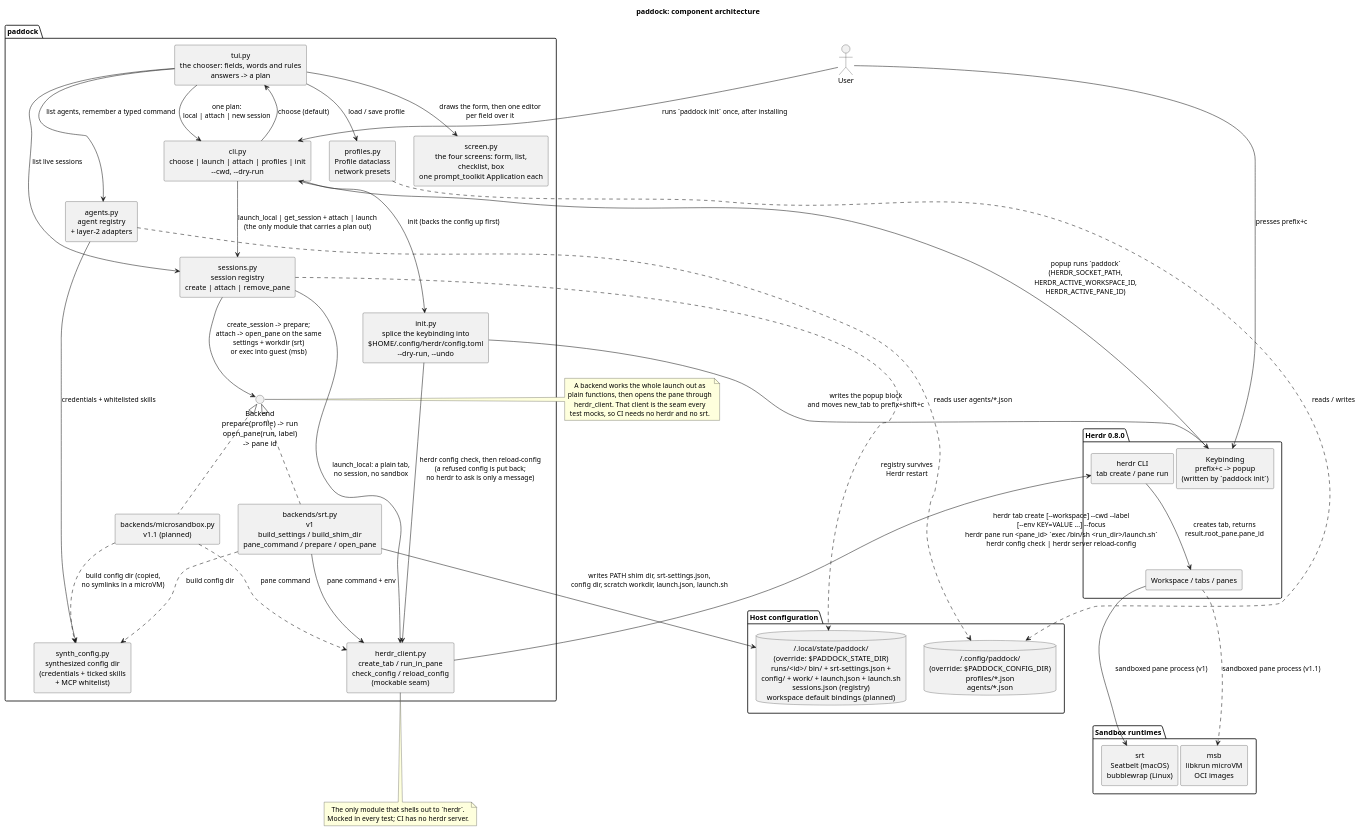
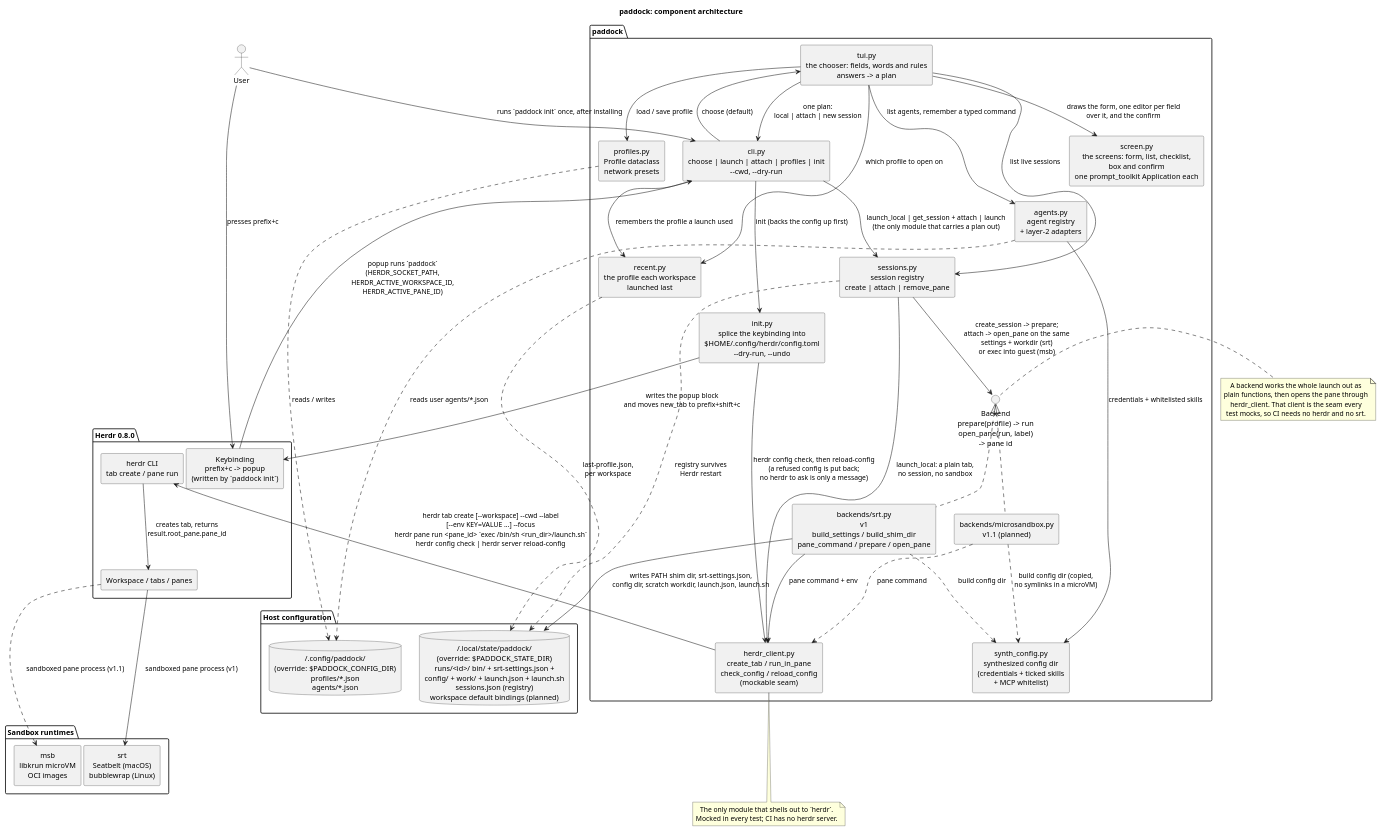
Before and after one commit to paddock-sh/paddock: the diagram in docs/diagrams/architecture.puml, drawn with PlantUML. The commit also changed 15 other files, not shown here.

```diff
--- a/docs/diagrams/architecture.puml
+++ b/docs/diagrams/architecture.puml
@@ -1,87 +1,91 @@
 @startuml architecture
 title paddock: component architecture
 
 skinparam componentStyle rectangle
 skinparam shadowing false
 skinparam defaultTextAlignment center
 
 actor User
 
 package "Herdr 0.8.0" {
   [Keybinding\nprefix+c -> popup\n(written by `paddock init`)] as Keybinding
   [herdr CLI\ntab create / pane run] as HerdrCLI
   [Workspace / tabs / panes] as HerdrUI
 }
 
 package "paddock" {
   [cli.py\nchoose | launch | attach | profiles | init\n~--cwd, ~--dry-run] as CLI
   [init.py\nsplice the keybinding into\n$HOME/.config/herdr/config.toml\n~--dry-run, ~--undo] as Init
   [tui.py\nthe chooser: fields, words and rules\nanswers -> a plan] as TUI
-  [screen.py\nthe four screens: form, list,\nchecklist, box\none prompt_toolkit Application each] as Screen
+  [screen.py\nthe screens: form, list, checklist,\nbox and confirm\none prompt_toolkit Application each] as Screen
+  [recent.py\nthe profile each workspace\nlaunched last] as Recent
   [sessions.py\nsession registry\ncreate | attach | remove_pane] as Sessions
   [profiles.py\nProfile dataclass\nnetwork presets] as Profiles
   [agents.py\nagent registry\n+ layer-2 adapters] as Agents
   [synth_config.py\nsynthesized config dir\n(credentials + ticked skills\n+ MCP whitelist)] as SynthConfig
   interface "Backend\nprepare(profile) -> run\nopen_pane(run, label)\n-> pane id" as BackendAPI
   [backends/srt.py\nv1\nbuild_settings / build_shim_dir\npane_command / prepare / open_pane] as SrtBackend
   [backends/microsandbox.py\nv1.1 (planned)] as MsbBackend
   [herdr_client.py\ncreate_tab / run_in_pane\ncheck_config / reload_config\n(mockable seam)] as HerdrClient
 }
 
 package "Host configuration" {
   database "~/.config/paddock/\n(override: $PADDOCK_CONFIG_DIR)\nprofiles/*.json\nagents/*.json" as ConfigFiles
   database "~/.local/state/paddock/\n(override: $PADDOCK_STATE_DIR)\nruns/<id>/ bin/ + srt-settings.json +\nconfig/ + work/ + launch.json + launch.sh\nsessions.json (registry)\nworkspace default bindings (planned)" as RunDir
 }
 
 package "Sandbox runtimes" {
   [srt\nSeatbelt (macOS)\nbubblewrap (Linux)] as Srt
   [msb\nlibkrun microVM\nOCI images] as Msb
 }
 
 User --> CLI : runs `paddock init` once, after installing
 CLI --> Init : init (backs the config up first)
 Init --> Keybinding : writes the popup block\nand moves new_tab to prefix+shift+c
 Init --> HerdrClient : herdr config check, then reload-config\n(a refused config is put back;\nno herdr to ask is only a message)
 User --> Keybinding : presses prefix+c
 Keybinding --> CLI : popup runs `paddock`\n(HERDR_SOCKET_PATH,\nHERDR_ACTIVE_WORKSPACE_ID,\nHERDR_ACTIVE_PANE_ID)
 CLI --> TUI : choose (default)
 TUI --> CLI : one plan:\nlocal | attach | new session
-TUI --> Screen : draws the form, then one editor\nper field over it
+TUI --> Screen : draws the form, one editor per field\nover it, and the confirm
+TUI --> Recent : which profile to open on
+CLI --> Recent : remembers the profile a launch used
 TUI --> Profiles : load / save profile
 TUI --> Agents : list agents, remember a typed command
 TUI --> Sessions : list live sessions
 Sessions ..> RunDir : registry survives\nHerdr restart
+Recent ..> RunDir : last-profile.json,\nper workspace
 Profiles ..> ConfigFiles : reads / writes
 Agents ..> ConfigFiles : reads user agents/*.json
 
 CLI --> Sessions : launch_local | get_session + attach | launch\n(the only module that carries a plan out)
 BackendAPI <|.. SrtBackend
 BackendAPI <|.. MsbBackend
 
 SrtBackend --> RunDir : writes PATH shim dir, srt-settings.json,\nconfig dir, scratch workdir, launch.json, launch.sh
 Sessions --> BackendAPI : create_session -> prepare;\nattach -> open_pane on the same\nsettings + workdir (srt)\nor exec into guest (msb)
 Sessions --> HerdrClient : launch_local: a plain tab,\nno session, no sandbox
 SrtBackend ..> SynthConfig : build config dir
 MsbBackend ..> SynthConfig : build config dir (copied,\nno symlinks in a microVM)
 Agents --> SynthConfig : credentials + whitelisted skills
 
 SrtBackend --> HerdrClient : pane command + env
 MsbBackend ..> HerdrClient : pane command
 HerdrClient --> HerdrCLI : herdr tab create [~--workspace] ~--cwd ~--label\n[~--env KEY=VALUE ...] ~--focus\nherdr pane run <pane_id> `exec /bin/sh <run_dir>/launch.sh`\nherdr config check | herdr server reload-config
 HerdrCLI --> HerdrUI : creates tab, returns\nresult.root_pane.pane_id
 HerdrUI --> Srt : sandboxed pane process (v1)
 HerdrUI ..> Msb : sandboxed pane process (v1.1)
 
 note right of BackendAPI
   A backend works the whole launch out as
   plain functions, then opens the pane through
   herdr_client. That client is the seam every
   test mocks, so CI needs no herdr and no srt.
 end note
 
 note bottom of HerdrClient
   The only module that shells out to `herdr`.
   Mocked in every test; CI has no herdr server.
 end note
 
 @enduml
```
